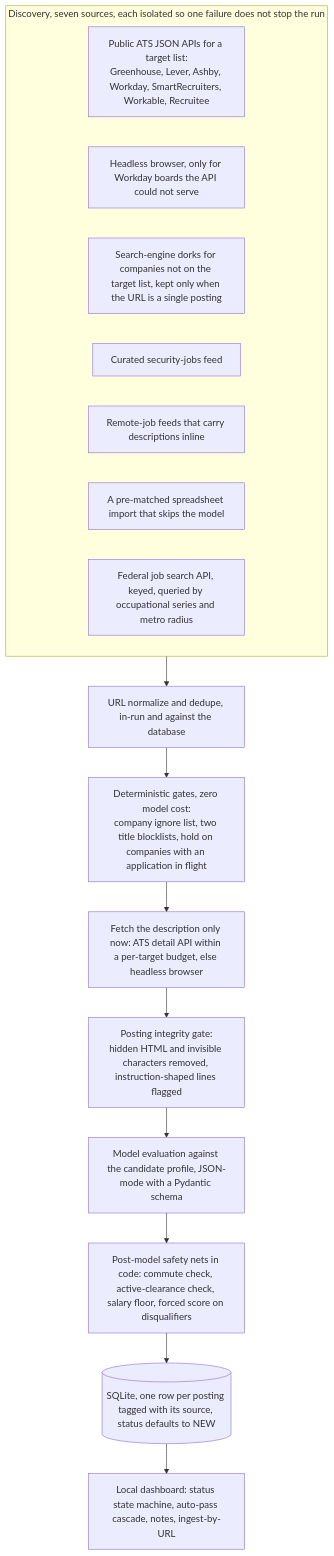
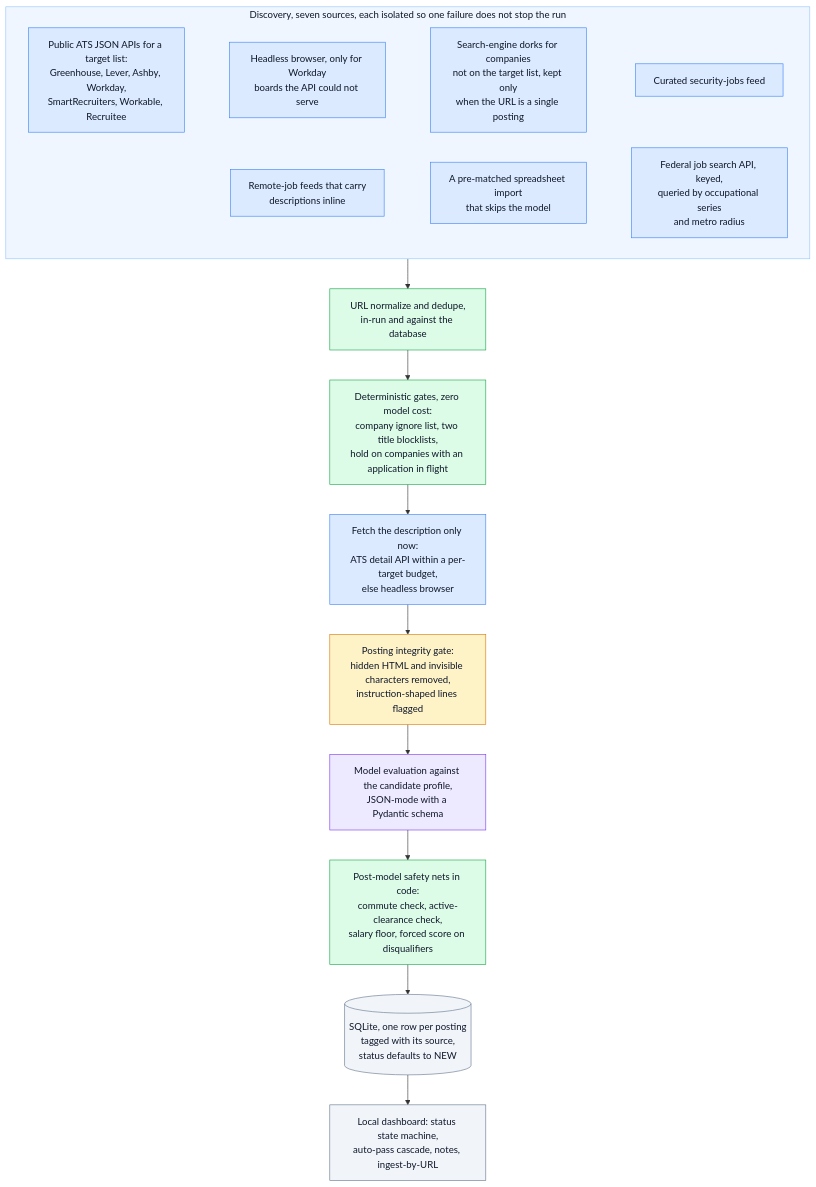
Before and after one commit to nguyenaax/job-meets-resume: the diagram in README.md, drawn with Mermaid. The commit also changed other lines of this file and 2 other files, not shown here.

Commit message:
Polish the README: badges, hero image, stats strip, readable color-coded diagram
Adds a badge row, a cropped dashboard hero (demo data, labeled) under the
intro, and a three-number stats strip that replaces the What it has done
list. The pipeline diagram is color-coded by stage type with a one-line
key, and the discovery sources now sit in two columns with wrapped labels
so GitHub no longer shrinks the diagram's text. The full matches screenshot
is replaced by the hero crop.

````diff
--- a/README.md
+++ b/README.md
@@ -9,23 +19,56 @@
 ```mermaid
 flowchart TD
   subgraph DISCOVER["Discovery, seven sources, each isolated so one failure does not stop the run"]
     S1["Public ATS JSON APIs for a target list:
-Greenhouse, Lever, Ashby, Workday, SmartRecruiters, Workable, Recruitee"]
-    S2["Headless browser, only for Workday boards the API could not serve"]
-    S3["Search-engine dorks for companies not on the target list, kept only when the URL is a single posting"]
+Greenhouse, Lever, Ashby, Workday,
+SmartRecruiters, Workable, Recruitee"]
+    S2["Headless browser, only for Workday
+boards the API could not serve"]
+    S3["Search-engine dorks for companies
+not on the target list, kept only
+when the URL is a single posting"]
     S4["Curated security-jobs feed"]
-    S5["Remote-job feeds that carry descriptions inline"]
-    S6["A pre-matched spreadsheet import that skips the model"]
-    S7["Federal job search API, keyed, queried by occupational series and metro radius"]
+    S5["Remote-job feeds that carry
+descriptions inline"]
+    S6["A pre-matched spreadsheet import
+that skips the model"]
+    S7["Federal job search API, keyed,
+queried by occupational series
+and metro radius"]
+    S1 ~~~ S2 ~~~ S3 ~~~ S4
+    S5 ~~~ S6 ~~~ S7
   end
-  DISCOVER --> N["URL normalize and dedupe, in-run and against the database"]
+  DISCOVER --> N["URL normalize and dedupe,
+in-run and against the database"]
   N --> G0["Deterministic gates, zero model cost:
-company ignore list, two title blocklists, hold on companies with an application in flight"]
-  G0 --> F["Fetch the description only now: ATS detail API within a per-target budget, else headless browser"]
+company ignore list, two title blocklists,
+hold on companies with an application in flight"]
+  G0 --> F["Fetch the description only now:
+ATS detail API within a per-target budget,
+else headless browser"]
   F --> PG["Posting integrity gate:
-hidden HTML and invisible characters removed, instruction-shaped lines flagged"]
-  PG --> LLM["Model evaluation against the candidate profile, JSON-mode with a Pydantic schema"]
-  LLM --> POST["Post-model safety nets in code: commute check, active-clearance check, salary floor, forced score on disqualifiers"]
-  POST --> DB[(SQLite, one row per posting tagged with its source, status defaults to NEW)]
-  DB --> UI["Local dashboard: status state machine, auto-pass cascade, notes, ingest-by-URL"]
+hidden HTML and invisible characters removed,
+instruction-shaped lines flagged"]
+  PG --> LLM["Model evaluation against the candidate profile,
+JSON-mode with a Pydantic schema"]
+  LLM --> POST["Post-model safety nets in code:
+commute check, active-clearance check,
+salary floor, forced score on disqualifiers"]
+  POST --> DB[("SQLite, one row per posting
+tagged with its source,
+status defaults to NEW")]
+  DB --> UI["Local dashboard: status state machine,
+auto-pass cascade, notes, ingest-by-URL"]
+
+  classDef io fill:#dbeafe,stroke:#3b82f6,color:#0f172a
+  classDef det fill:#dcfce7,stroke:#16a34a,color:#0f172a
+  classDef guard fill:#fef3c7,stroke:#d97706,color:#0f172a
+  classDef model fill:#ede9fe,stroke:#7c3aed,color:#0f172a
+  classDef store fill:#f1f5f9,stroke:#64748b,color:#0f172a
+  class S1,S2,S3,S4,S5,S6,S7,F io
+  class N,G0,POST det
+  class PG guard
+  class LLM model
+  class DB,UI store
+  style DISCOVER fill:#eff6ff,stroke:#93c5fd,color:#0f172a
 ```
````
